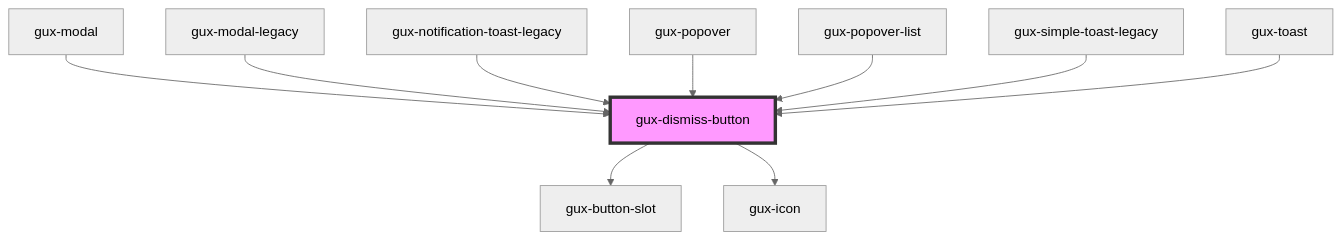
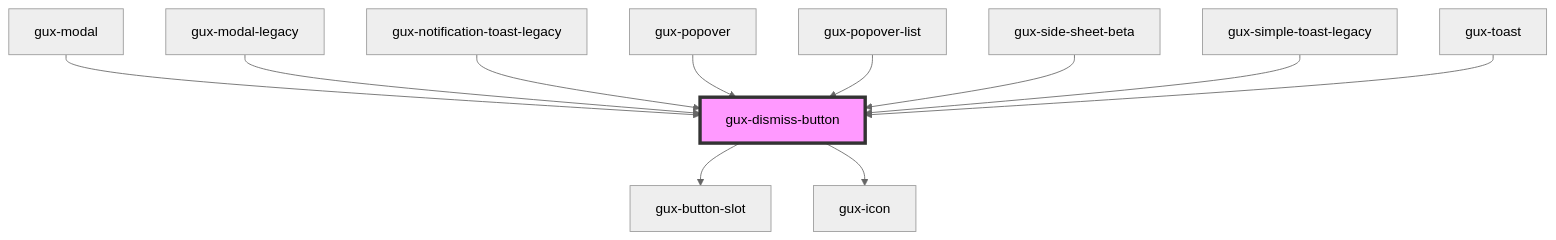
Before and after one commit to MyPureCloud/genesys-spark: the diagram in packages/genesys-spark-components/src/components/stable/gux-dismiss-button/readme.md, drawn with Mermaid (neutral theme). The commit also changed other lines of this file and 92 other files, not shown here.

Commit message:
feat(side sheet): modal and basic versions

````diff
--- a/packages/genesys-spark-components/src/components/stable/gux-dismiss-button/readme.md
+++ b/packages/genesys-spark-components/src/components/stable/gux-dismiss-button/readme.md
@@ -33,13 +34,14 @@
 ```mermaid
 graph TD;
   gux-dismiss-button --> gux-button-slot
   gux-dismiss-button --> gux-icon
   gux-modal --> gux-dismiss-button
   gux-modal-legacy --> gux-dismiss-button
   gux-notification-toast-legacy --> gux-dismiss-button
   gux-popover --> gux-dismiss-button
   gux-popover-list --> gux-dismiss-button
+  gux-side-sheet-beta --> gux-dismiss-button
   gux-simple-toast-legacy --> gux-dismiss-button
   gux-toast --> gux-dismiss-button
   style gux-dismiss-button fill:#f9f,stroke:#333,stroke-width:4px
 ```
````
